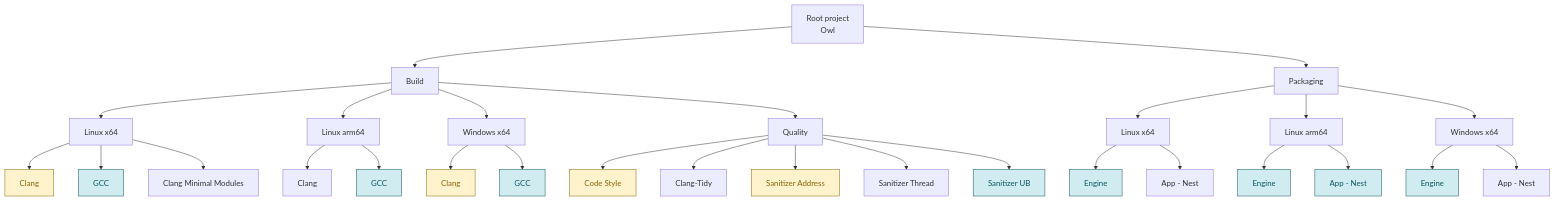
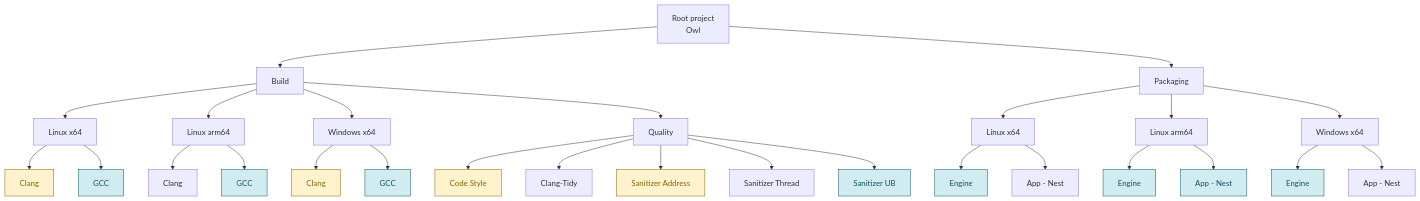
The first of 3 diagrams in doc/pages/continuous_integration.md (Silmaen/Owl), drawn with Mermaid before and after one commit. The commit also changed other lines of this file and 10 other files, not shown here.

Commit message:
Run five checks on pull requests and drop the minimal-modules job

````diff
--- a/doc/pages/continuous_integration.md
+++ b/doc/pages/continuous_integration.md
@@ -38,34 +38,33 @@
 ```mermaid
 flowchart TD
     Root[Root project<br/>Owl] --> Build[Build]
     Root --> Pkg[Packaging]
     Build --> Lx[Linux x64]
     Build --> La[Linux arm64]
     Build --> Wx[Windows x64]
     Build --> Q[Quality]
     Lx --> LxC[Clang]
     Lx --> LxG[GCC]
-    Lx --> LxM[Clang Minimal Modules]
     La --> LaC[Clang]
     La --> LaG[GCC]
     Wx --> WxC[Clang]
     Wx --> WxG[GCC]
     Q --> CS[Code Style]
     Q --> CT[Clang-Tidy]
     Q --> SA[Sanitizer Address]
     Q --> ST[Sanitizer Thread]
     Q --> SU[Sanitizer UB]
     Pkg --> PLx[Linux x64]
     Pkg --> PLa[Linux arm64]
     Pkg --> PWx[Windows x64]
     PLx --> PLxE[Engine]
     PLx --> PLxN[App - Nest]
     PLa --> PLaE[Engine]
     PLa --> PLaN[App - Nest]
     PWx --> PWxE[Engine]
     PWx --> PWxN[App - Nest]
     classDef draft fill:#fff3cd,stroke:#856404,color:#856404
     classDef mainOnly fill:#d1ecf1,stroke:#0c5460,color:#0c5460
     class LxC,WxC,CS,SA draft
     class LxG,LaG,WxG,SU,PLxE,PLaE,PLaN,PWxE mainOnly
 ```
````
